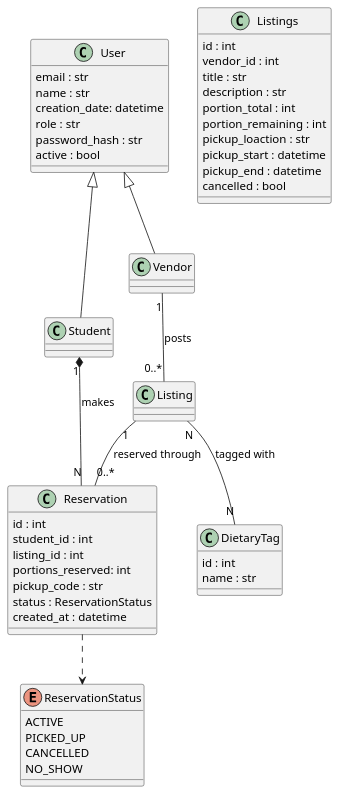
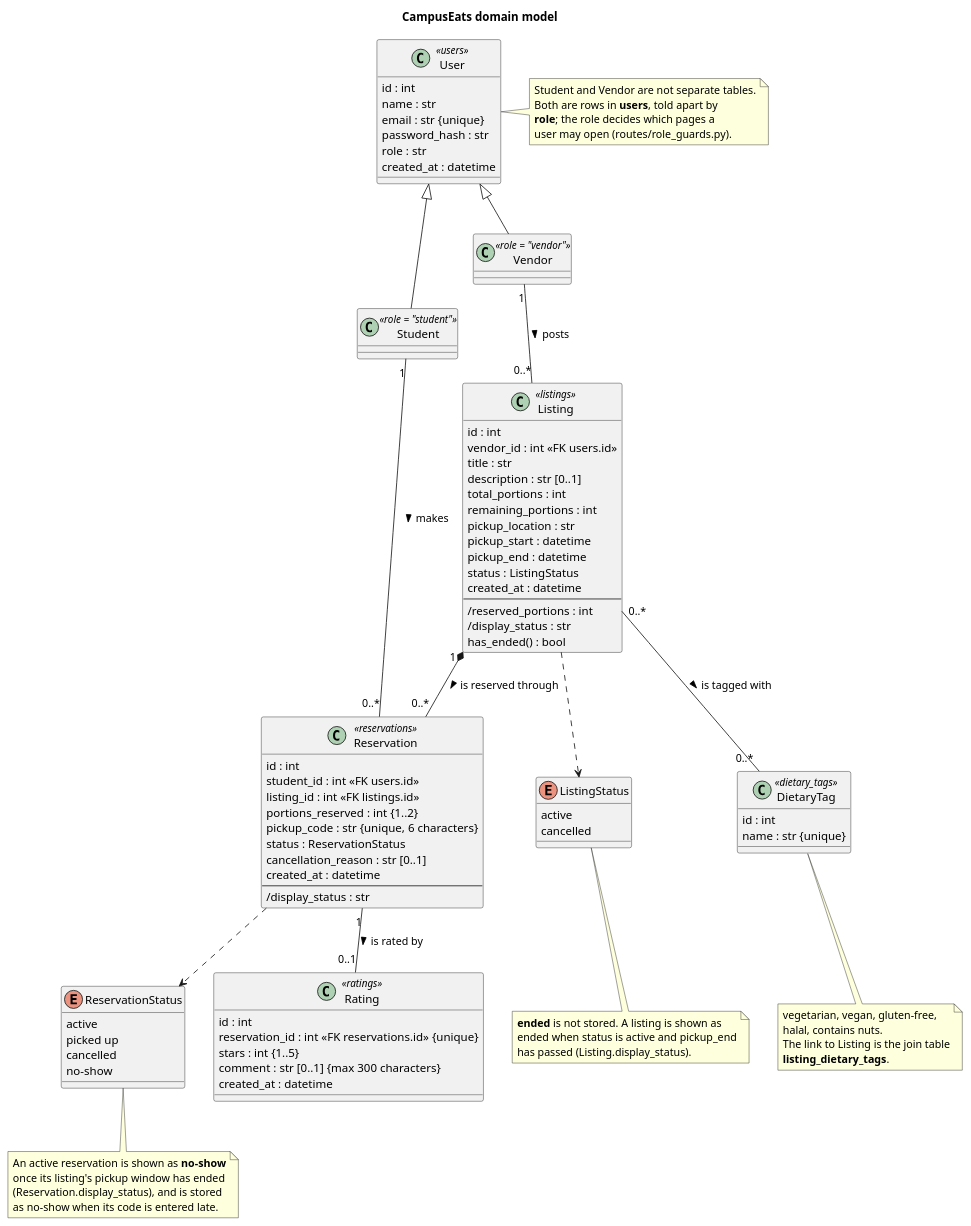
The diagram in uml/class.wsd (Riconashty/campuseats), drawn with PlantUML before and after one commit. The commit also changed 68 other files, not shown here.

```diff
--- a/uml/class.wsd
+++ b/uml/class.wsd
@@ -1,58 +1,114 @@
 @startuml class
 
-class User {
-    email : str
+title CampusEats domain model
+
+' Each class below is one PostgreSQL table, named in its stereotype.
+' Attribute names match the SQLAlchemy models in src/campuseats/models.
+
+class User <<users>> {
+    id : int
     name : str
-    creation_date: datetime
+    email : str {unique}
+    password_hash : str
     role : str
-    password_hash : str
-    active : bool
+    created_at : datetime
 }
 
-class Student
-class Vendor 
+class Student <<role = "student">>
+class Vendor <<role = "vendor">>
 
 User <|-- Student
 User <|-- Vendor
 
-class Listings {
+note right of User
+  Student and Vendor are not separate tables.
+  Both are rows in **users**, told apart by
+  **role**; the role decides which pages a
+  user may open (routes/role_guards.py).
+end note
+
+class Listing <<listings>> {
     id : int
-    vendor_id : int
+    vendor_id : int <<FK users.id>>
     title : str
-    description : str
-    portion_total : int
-    portion_remaining : int
-    pickup_loaction : str
+    description : str [0..1]
+    total_portions : int
+    remaining_portions : int
+    pickup_location : str
     pickup_start : datetime
     pickup_end : datetime
-    cancelled : bool
+    status : ListingStatus
+    created_at : datetime
+    --
+    /reserved_portions : int
+    /display_status : str
+    has_ended() : bool
 }
-class Reservation {
+
+enum ListingStatus {
+    active
+    cancelled
+}
+
+note bottom of ListingStatus
+  **ended** is not stored. A listing is shown as
+  ended when status is active and pickup_end
+  has passed (Listing.display_status).
+end note
+
+class Reservation <<reservations>> {
     id : int
-    student_id : int
-    listing_id : int
-    portions_reserved: int
-    pickup_code : str
+    student_id : int <<FK users.id>>
+    listing_id : int <<FK listings.id>>
+    portions_reserved : int {1..2}
+    pickup_code : str {unique, 6 characters}
     status : ReservationStatus
+    cancellation_reason : str [0..1]
+    created_at : datetime
+    --
+    /display_status : str
+}
+
+enum ReservationStatus {
+    active
+    picked up
+    cancelled
+    no-show
+}
+
+note bottom of ReservationStatus
+  An active reservation is shown as **no-show**
+  once its listing's pickup window has ended
+  (Reservation.display_status), and is stored
+  as no-show when its code is entered late.
+end note
+
+class Rating <<ratings>> {
+    id : int
+    reservation_id : int <<FK reservations.id>> {unique}
+    stars : int {1..5}
+    comment : str [0..1] {max 300 characters}
     created_at : datetime
 }
 
-enum ReservationStatus {
-    ACTIVE
-    PICKED_UP
-    CANCELLED
-    NO_SHOW
+class DietaryTag <<dietary_tags>> {
+    id : int
+    name : str {unique}
 }
 
-class DietaryTag {
-    id : int
-    name : str
-}
+note bottom of DietaryTag
+  vegetarian, vegan, gluten-free,
+  halal, contains nuts.
+  The link to Listing is the join table
+  **listing_dietary_tags**.
+end note
 
-Vendor "1" -- "0..*" Listing : posts
-Student "1" *-- "N" Reservation : makes
-Listing "1" -- "0..*" Reservation : reserved through
-Listing "N" -- "N" DietaryTag : tagged with
+Vendor "1" -- "0..*" Listing : posts >
+Student "1" -- "0..*" Reservation : makes >
+Listing "1" *-- "0..*" Reservation : is reserved through >
+Listing "0..*" -- "0..*" DietaryTag : is tagged with >
+Reservation "1" -- "0..1" Rating : is rated by >
+Listing ..> ListingStatus
 Reservation ..> ReservationStatus
 
 @enduml
```
